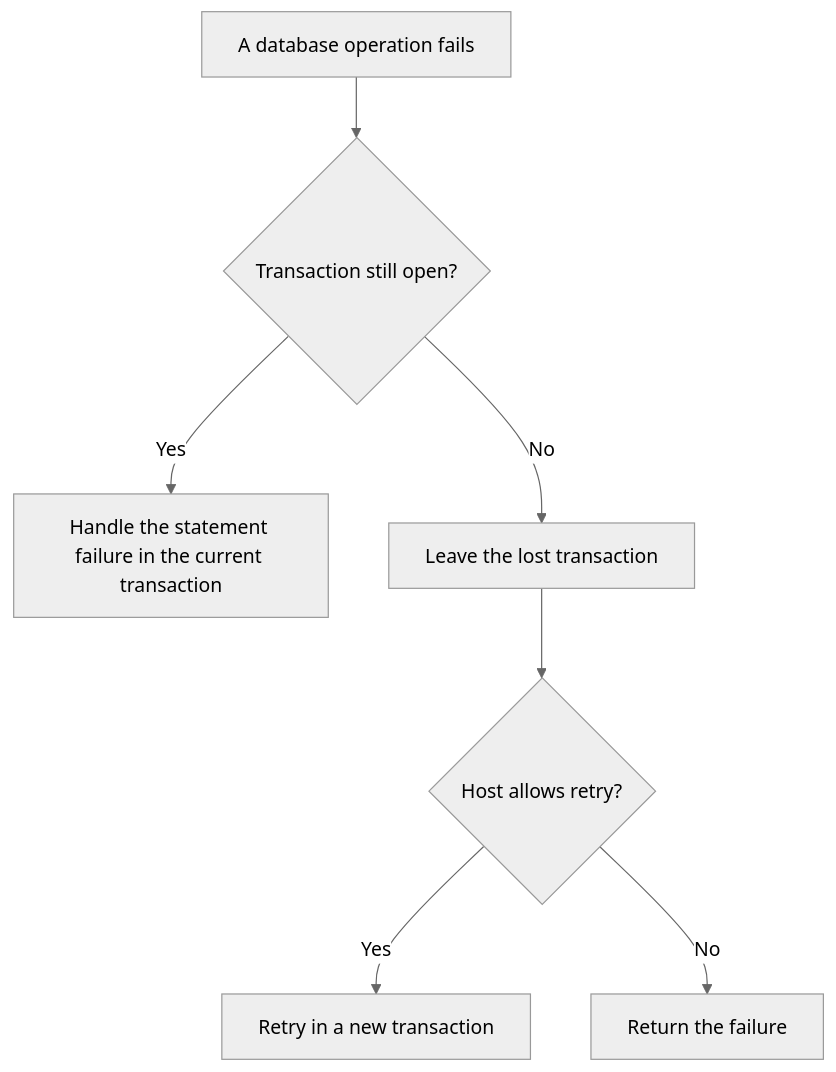
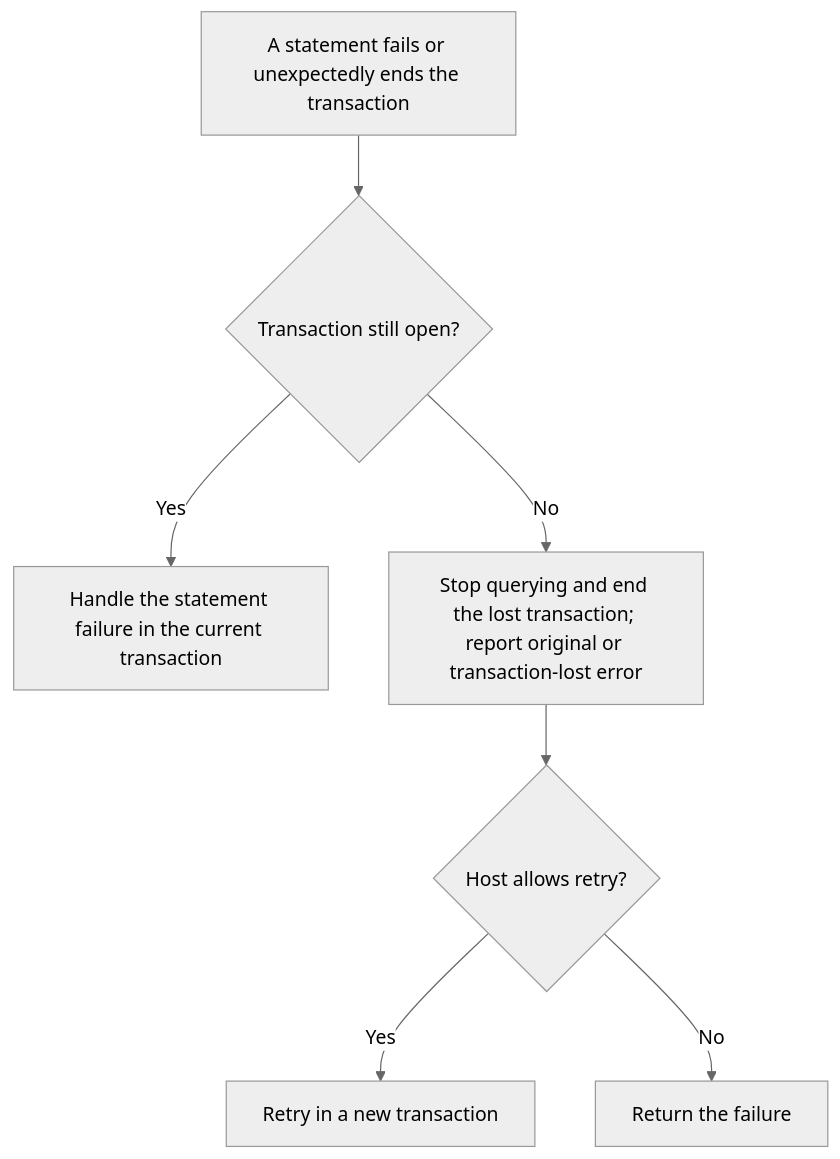
Before and after one commit to Kevinjohn/oss-adonisjs-duplicate-request-guard: the first of 2 diagrams in user-stories/US-GUARD-06-recover-transaction.md, drawn with Mermaid (neutral theme). The commit also changed other lines of this file and 8 other files, not shown here.

Commit message:
docs: verify user story paths and Mermaid flows against implementation

````diff
--- a/user-stories/US-GUARD-06-recover-transaction.md
+++ b/user-stories/US-GUARD-06-recover-transaction.md
@@ -21,9 +22,9 @@
 ```mermaid
 flowchart TD
-    A["A database operation fails"] --> B{"Transaction still open?"}
+    A["A statement fails or unexpectedly ends the transaction"] --> B{"Transaction still open?"}
     B -->|Yes| C["Handle the statement failure in the current transaction"]
-    B -->|No| D["Leave the lost transaction"]
+    B -->|No| D["Stop querying and end the lost transaction; report original or transaction-lost error"]
     D --> E{"Host allows retry?"}
     E -->|Yes| F["Retry in a new transaction"]
     E -->|No| G["Return the failure"]
 ```
````
